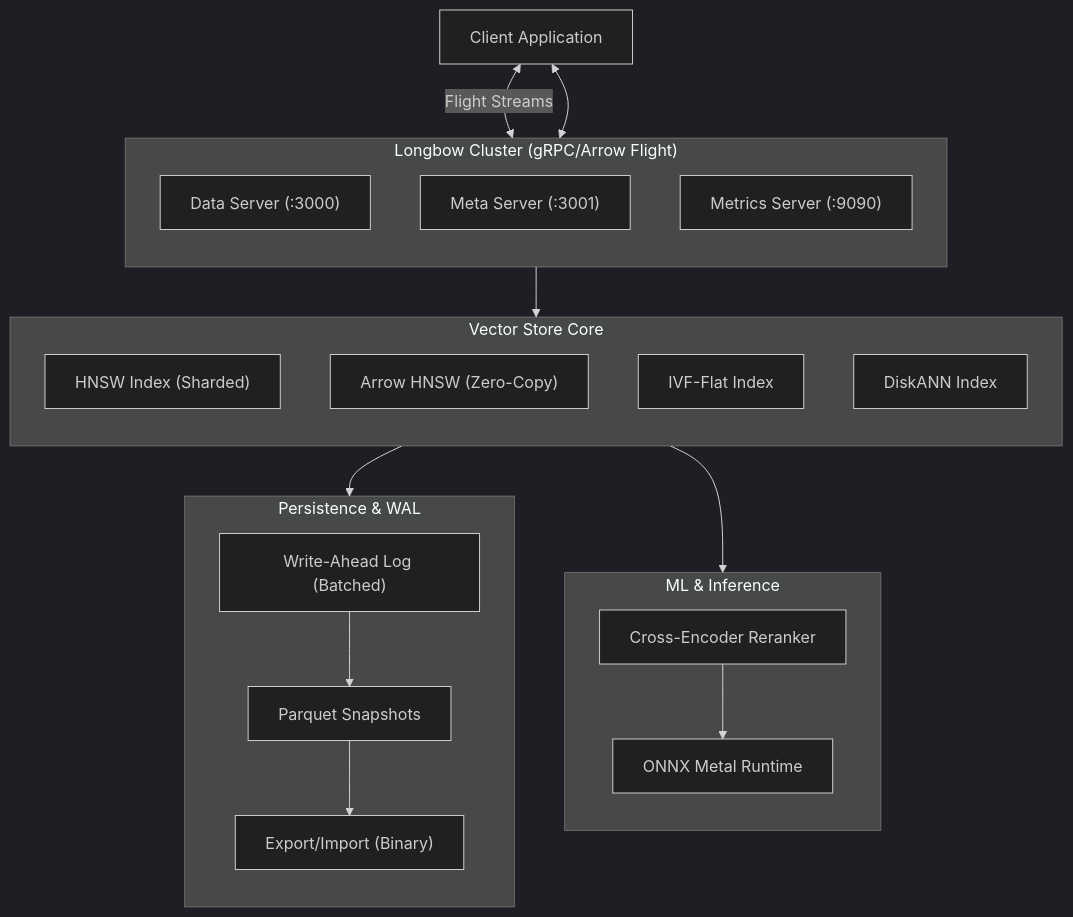
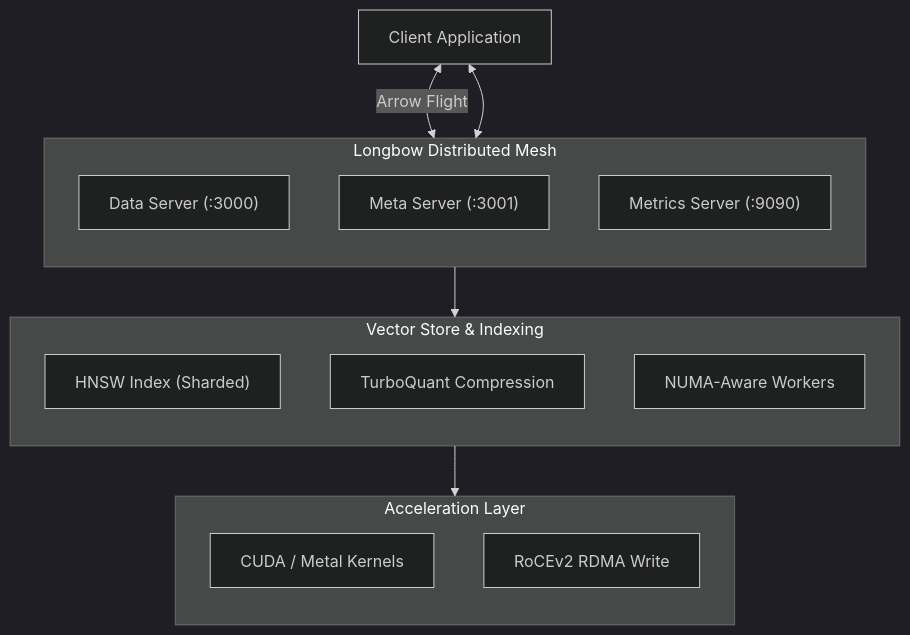
Before and after one commit to 23skdu/longbow: the diagram in docs/README.md, drawn with Mermaid (dark theme). The commit also changed other lines of this file and 26 other files, not shown here.

````diff
--- a/docs/README.md
+++ b/docs/README.md
@@ -8,41 +67,29 @@
 ```mermaid
 graph TB
     Client["Client Application"]
     
-    subgraph LB["Longbow Cluster (gRPC/Arrow Flight)"]
+    subgraph LB["Longbow Distributed Mesh"]
         direction TB
         DS["Data Server (:3000)"]
         MS["Meta Server (:3001)"]
         Metrics["Metrics Server (:9090)"]
     end
 
-    subgraph Core["Vector Store Core"]
+    subgraph Core["Vector Store & Indexing"]
         direction TB
         HNSW["HNSW Index (Sharded)"]
-        ArrowHNSW["Arrow HNSW (Zero-Copy)"]
-        IVF["IVF-Flat Index"]
-        DiskAnn["DiskANN Index"]
+        TQ["TurboQuant Compression"]
+        NUMA["NUMA-Aware Workers"]
     end
 
-    subgraph ML["ML & Inference"]
+    subgraph Hardware["Acceleration Layer"]
         direction TB
-        Reranker["Cross-Encoder Reranker"]
-        ONNX["ONNX Metal Runtime"]
+        GPU["CUDA / Metal Kernels"]
+        RDMA["RoCEv2 RDMA Write"]
     end
 
-    subgraph Durability["Persistence & WAL"]
-        direction TB
-        WAL["Write-Ahead Log (Batched)"]
-        Snap["Parquet Snapshots"]
-        Export["Export/Import (Binary)"]
-    end
-
-    Client <-->|"Flight Streams"| DS
+    Client <-->|"Arrow Flight"| DS
     Client <--> MS
     LB --> Core
-    Core --> Reranker
-    Reranker --> ONNX
-    Core --> WAL
-    WAL --> Snap
-    Snap --> Export
+    Core --> Hardware
 ```
````
